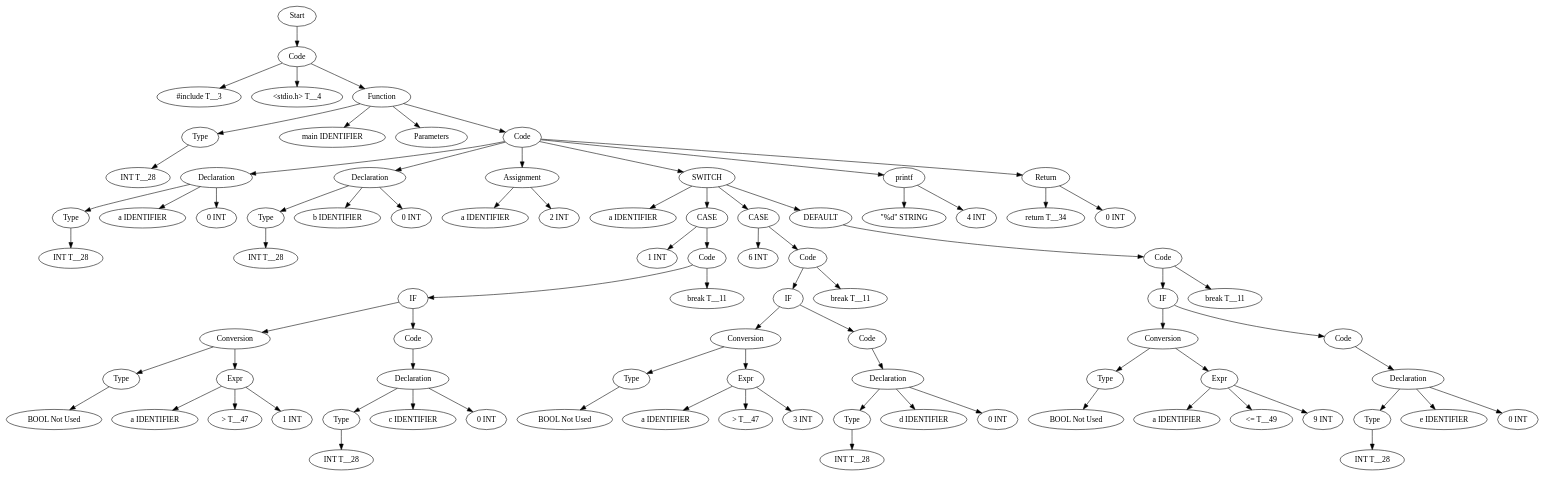
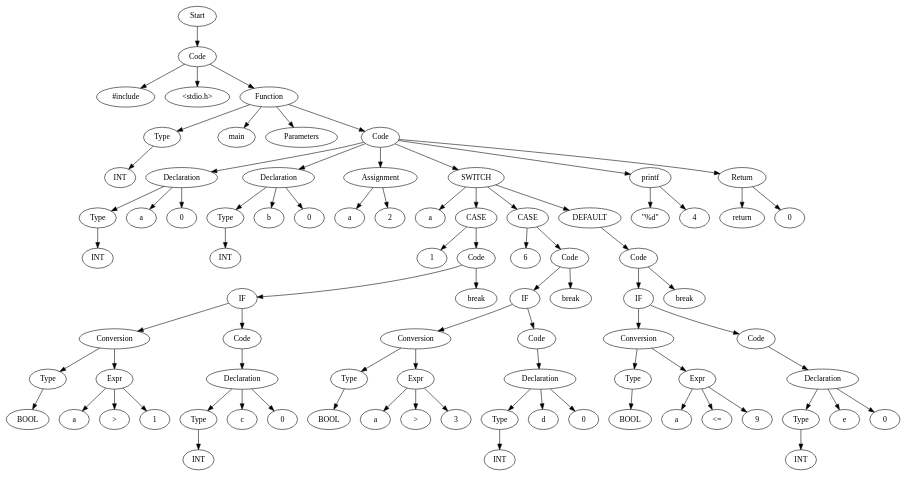
Before and after one commit to Are-you-listening/Compilers: the diagram in TestCases/ASTTests/SwitchTests/createTests/read_file_before.dot, drawn with Graphviz. The commit also changed 51 other files, not shown here.

```diff
--- a/TestCases/ASTTests/SwitchTests/createTests/read_file_before.dot
+++ b/TestCases/ASTTests/SwitchTests/createTests/read_file_before.dot
@@ -1,169 +1,169 @@
 digraph AST {
-  "123260941450784" [label="Start"];
-  "123260941450784" -> "123260941443728";
-  "123260941443728" [label="Code"];
-  "123260941443728" -> "123260941449008";
-  "123260941443728" -> "123260941448960";
-  "123260941443728" -> "123260941450496";
-  "123260941449008" [label="#include T__3"];
-  "123260941448960" [label="<stdio.h> T__4"];
-  "123260941450496" [label="Function"];
-  "123260941450496" -> "123260941446080";
-  "123260941450496" -> "123260941447904";
-  "123260941450496" -> "123260941438256";
-  "123260941450496" -> "123260941448864";
-  "123260941446080" [label="Type"];
-  "123260941446080" -> "123260941438544";
-  "123260941438544" [label="INT T__28"];
-  "123260941447904" [label="main IDENTIFIER"];
-  "123260941438256" [label="Parameters"];
-  "123260941448864" [label="Code"];
-  "123260941448864" -> "123260941450208";
-  "123260941448864" -> "123260941590176";
-  "123260941448864" -> "123260941587440";
-  "123260941448864" -> "123260941587296";
-  "123260941448864" -> "123260941588640";
-  "123260941448864" -> "123260941585760";
-  "123260941450208" [label="Declaration"];
-  "123260941450208" -> "123260941438736";
-  "123260941450208" -> "123260941586720";
-  "123260941450208" -> "123260941588064";
-  "123260941438736" [label="Type"];
-  "123260941438736" -> "123260941442720";
-  "123260941442720" [label="INT T__28"];
-  "123260941586720" [label="a IDENTIFIER"];
-  "123260941588064" [label="0 INT"];
-  "123260941590176" [label="Declaration"];
-  "123260941590176" -> "123260941588928";
-  "123260941590176" -> "123260941589984";
-  "123260941590176" -> "123260941584032";
-  "123260941588928" [label="Type"];
-  "123260941588928" -> "123260941583312";
-  "123260941583312" [label="INT T__28"];
-  "123260941589984" [label="b IDENTIFIER"];
-  "123260941584032" [label="0 INT"];
-  "123260941587440" [label="Assignment"];
-  "123260941587440" -> "123260941587536";
-  "123260941587440" -> "123260941589120";
-  "123260941587536" [label="a IDENTIFIER"];
-  "123260941589120" [label="2 INT"];
-  "123260941587296" [label="SWITCH"];
-  "123260941587296" -> "123260941590032";
-  "123260941587296" -> "123260941588208";
-  "123260941587296" -> "123260941589072";
-  "123260941587296" -> "123260941585904";
-  "123260941590032" [label="a IDENTIFIER"];
-  "123260941588208" [label="CASE"];
-  "123260941588208" -> "123260941588976";
-  "123260941588208" -> "123260941583168";
-  "123260941588976" [label="1 INT"];
-  "123260941583168" [label="Code"];
-  "123260941583168" -> "123260941583072";
-  "123260941583168" -> "123260941587824";
-  "123260941583072" [label="IF"];
-  "123260941583072" -> "123260941595360";
-  "123260941583072" -> "123260941596512";
-  "123260941595360" [label="Conversion"];
-  "123260941595360" -> "123260941595456";
-  "123260941595360" -> "123260941588880";
-  "123260941595456" [label="Type"];
-  "123260941595456" -> "123260941582688";
-  "123260941582688" [label="BOOL Not Used"];
-  "123260941588880" [label="Expr"];
-  "123260941588880" -> "123260941588304";
-  "123260941588880" -> "123260941591136";
-  "123260941588880" -> "123260941583408";
-  "123260941588304" [label="a IDENTIFIER"];
-  "123260941591136" [label="> T__47"];
-  "123260941583408" [label="1 INT"];
-  "123260941596512" [label="Code"];
-  "123260941596512" -> "123260941588016";
-  "123260941588016" [label="Declaration"];
-  "123260941588016" -> "123260941584944";
-  "123260941588016" -> "123260941585952";
-  "123260941588016" -> "123260941583120";
-  "123260941584944" [label="Type"];
-  "123260941584944" -> "123260941587584";
-  "123260941587584" [label="INT T__28"];
-  "123260941585952" [label="c IDENTIFIER"];
-  "123260941583120" [label="0 INT"];
-  "123260941587824" [label="break T__11"];
-  "123260941589072" [label="CASE"];
-  "123260941589072" -> "123260941589168";
-  "123260941589072" -> "123260941589264";
-  "123260941589168" [label="6 INT"];
-  "123260941589264" [label="Code"];
-  "123260941589264" -> "123260941588784";
-  "123260941589264" -> "123260941582736";
-  "123260941588784" [label="IF"];
-  "123260941588784" -> "123260941596272";
-  "123260941588784" -> "123260941588352";
-  "123260941596272" [label="Conversion"];
-  "123260941596272" -> "123260941582832";
-  "123260941596272" -> "123260941590128";
-  "123260941582832" [label="Type"];
-  "123260941582832" -> "123260941596368";
-  "123260941596368" [label="BOOL Not Used"];
-  "123260941590128" [label="Expr"];
-  "123260941590128" -> "123260941585616";
-  "123260941590128" -> "123260941585664";
-  "123260941590128" -> "123260941584080";
-  "123260941585616" [label="a IDENTIFIER"];
-  "123260941585664" [label="> T__47"];
-  "123260941584080" [label="3 INT"];
-  "123260941588352" [label="Code"];
-  "123260941588352" -> "123260941588496";
-  "123260941588496" [label="Declaration"];
-  "123260941588496" -> "123260941582592";
-  "123260941588496" -> "123260941587872";
-  "123260941588496" -> "123260941583984";
-  "123260941582592" [label="Type"];
-  "123260941582592" -> "123260941587008";
-  "123260941587008" [label="INT T__28"];
-  "123260941587872" [label="d IDENTIFIER"];
-  "123260941583984" [label="0 INT"];
-  "123260941582736" [label="break T__11"];
-  "123260941585904" [label="DEFAULT"];
-  "123260941585904" -> "123260941587056";
-  "123260941587056" [label="Code"];
-  "123260941587056" -> "123260941587104";
-  "123260941587056" -> "123260941594496";
-  "123260941587104" [label="IF"];
-  "123260941587104" -> "123260941596320";
-  "123260941587104" -> "123260941596608";
-  "123260941596320" [label="Conversion"];
-  "123260941596320" -> "123260941595312";
-  "123260941596320" -> "123260941582544";
-  "123260941595312" [label="Type"];
-  "123260941595312" -> "123260941596992";
-  "123260941596992" [label="BOOL Not Used"];
-  "123260941582544" [label="Expr"];
-  "123260941582544" -> "123260941583456";
-  "123260941582544" -> "123260941583792";
-  "123260941582544" -> "123260941592000";
-  "123260941583456" [label="a IDENTIFIER"];
-  "123260941583792" [label="<= T__49"];
-  "123260941592000" [label="9 INT"];
-  "123260941596608" [label="Code"];
-  "123260941596608" -> "123260941591952";
-  "123260941591952" [label="Declaration"];
-  "123260941591952" -> "123260941593776";
-  "123260941591952" -> "123260941593680";
-  "123260941591952" -> "123260941592816";
-  "123260941593776" [label="Type"];
-  "123260941593776" -> "123260941593728";
-  "123260941593728" [label="INT T__28"];
-  "123260941593680" [label="e IDENTIFIER"];
-  "123260941592816" [label="0 INT"];
-  "123260941594496" [label="break T__11"];
-  "123260941588640" [label="printf"];
-  "123260941588640" -> "123260941584560";
-  "123260941588640" -> "123260941585712";
-  "123260941584560" [label="\"%d\" STRING"];
-  "123260941585712" [label="4 INT"];
-  "123260941585760" [label="Return"];
-  "123260941585760" -> "123260941584752";
-  "123260941585760" -> "123260941593200";
-  "123260941584752" [label="return T__34"];
-  "123260941593200" [label="0 INT"];
+  "136341801078256" [label="Start"];
+  "136341801078256" -> "136341801085024";
+  "136341801085024" [label="Code"];
+  "136341801085024" -> "136341801086128";
+  "136341801085024" -> "136341801083296";
+  "136341801085024" -> "136341801076576";
+  "136341801086128" [label="#include"];
+  "136341801083296" [label="<stdio.h>"];
+  "136341801076576" [label="Function"];
+  "136341801076576" -> "136341801084304";
+  "136341801076576" -> "136341801085312";
+  "136341801076576" -> "136341801084592";
+  "136341801076576" -> "136341801078160";
+  "136341801084304" [label="Type"];
+  "136341801084304" -> "136341801085408";
+  "136341801085408" [label="INT"];
+  "136341801085312" [label="main"];
+  "136341801084592" [label="Parameters"];
+  "136341801078160" [label="Code"];
+  "136341801078160" -> "136341801086848";
+  "136341801078160" -> "136341801087136";
+  "136341801078160" -> "136341801078832";
+  "136341801078160" -> "136341801078688";
+  "136341801078160" -> "136341801079024";
+  "136341801078160" -> "136341801079264";
+  "136341801086848" [label="Declaration"];
+  "136341801086848" -> "136341801085072";
+  "136341801086848" -> "136341801087328";
+  "136341801086848" -> "136341801078496";
+  "136341801085072" [label="Type"];
+  "136341801085072" -> "136341801087376";
+  "136341801087376" [label="INT"];
+  "136341801087328" [label="a"];
+  "136341801078496" [label="0"];
+  "136341801087136" [label="Declaration"];
+  "136341801087136" -> "136341801081712";
+  "136341801087136" -> "136341801075808";
+  "136341801087136" -> "136341801077008";
+  "136341801081712" [label="Type"];
+  "136341801081712" -> "136341801076192";
+  "136341801076192" [label="INT"];
+  "136341801075808" [label="b"];
+  "136341801077008" [label="0"];
+  "136341801078832" [label="Assignment"];
+  "136341801078832" -> "136341801088336";
+  "136341801078832" -> "136341801078736";
+  "136341801088336" [label="a"];
+  "136341801078736" [label="2"];
+  "136341801078688" [label="SWITCH"];
+  "136341801078688" -> "136341801084832";
+  "136341801078688" -> "136341801085456";
+  "136341801078688" -> "136341801083104";
+  "136341801078688" -> "136341801078208";
+  "136341801084832" [label="a"];
+  "136341801085456" [label="CASE"];
+  "136341801085456" -> "136341801085648";
+  "136341801085456" -> "136341801083152";
+  "136341801085648" [label="1"];
+  "136341801083152" [label="Code"];
+  "136341801083152" -> "136341801082912";
+  "136341801083152" -> "136341801084496";
+  "136341801082912" [label="IF"];
+  "136341801082912" -> "136341801076816";
+  "136341801082912" -> "136341801090304";
+  "136341801076816" [label="Conversion"];
+  "136341801076816" -> "136341801077824";
+  "136341801076816" -> "136341801086272";
+  "136341801077824" [label="Type"];
+  "136341801077824" -> "136341801077104";
+  "136341801077104" [label="BOOL"];
+  "136341801086272" [label="Expr"];
+  "136341801086272" -> "136341801087616";
+  "136341801086272" -> "136341801086704";
+  "136341801086272" -> "136341801084688";
+  "136341801087616" [label="a"];
+  "136341801086704" [label=">"];
+  "136341801084688" [label="1"];
+  "136341801090304" [label="Code"];
+  "136341801090304" -> "136341801076528";
+  "136341801076528" [label="Declaration"];
+  "136341801076528" -> "136341801086992";
+  "136341801076528" -> "136341801079696";
+  "136341801076528" -> "136341801081184";
+  "136341801086992" [label="Type"];
+  "136341801086992" -> "136341801085168";
+  "136341801085168" [label="INT"];
+  "136341801079696" [label="c"];
+  "136341801081184" [label="0"];
+  "136341801084496" [label="break"];
+  "136341801083104" [label="CASE"];
+  "136341801083104" -> "136341801081328";
+  "136341801083104" -> "136341801086224";
+  "136341801081328" [label="6"];
+  "136341801086224" [label="Code"];
+  "136341801086224" -> "136341801090688";
+  "136341801086224" -> "136341801079312";
+  "136341801090688" [label="IF"];
+  "136341801090688" -> "136341801078304";
+  "136341801090688" -> "136341801083968";
+  "136341801078304" [label="Conversion"];
+  "136341801078304" -> "136341801078352";
+  "136341801078304" -> "136341801086656";
+  "136341801078352" [label="Type"];
+  "136341801078352" -> "136341801079360";
+  "136341801079360" [label="BOOL"];
+  "136341801086656" [label="Expr"];
+  "136341801086656" -> "136341801077200";
+  "136341801086656" -> "136341801086416";
+  "136341801086656" -> "136341801083536";
+  "136341801077200" [label="a"];
+  "136341801086416" [label=">"];
+  "136341801083536" [label="3"];
+  "136341801083968" [label="Code"];
+  "136341801083968" -> "136341801079120";
+  "136341801079120" [label="Declaration"];
+  "136341801079120" -> "136341801075904";
+  "136341801079120" -> "136341801079504";
+  "136341801079120" -> "136341801082480";
+  "136341801075904" [label="Type"];
+  "136341801075904" -> "136341801076384";
+  "136341801076384" [label="INT"];
+  "136341801079504" [label="d"];
+  "136341801082480" [label="0"];
+  "136341801079312" [label="break"];
+  "136341801078208" [label="DEFAULT"];
+  "136341801078208" -> "136341801076864";
+  "136341801076864" [label="Code"];
+  "136341801076864" -> "136341801075520";
+  "136341801076864" -> "136341801077632";
+  "136341801075520" [label="IF"];
+  "136341801075520" -> "136341801079840";
+  "136341801075520" -> "136341801082720";
+  "136341801079840" [label="Conversion"];
+  "136341801079840" -> "136341801080080";
+  "136341801079840" -> "136341801077344";
+  "136341801080080" [label="Type"];
+  "136341801080080" -> "136341801080272";
+  "136341801080272" [label="BOOL"];
+  "136341801077344" [label="Expr"];
+  "136341801077344" -> "136341801083488";
+  "136341801077344" -> "136341801083392";
+  "136341801077344" -> "136341801082672";
+  "136341801083488" [label="a"];
+  "136341801083392" [label="<="];
+  "136341801082672" [label="9"];
+  "136341801082720" [label="Code"];
+  "136341801082720" -> "136341801077584";
+  "136341801077584" [label="Declaration"];
+  "136341801077584" -> "136341801077680";
+  "136341801077584" -> "136341801076672";
+  "136341801077584" -> "136341801079216";
+  "136341801077680" [label="Type"];
+  "136341801077680" -> "136341801076768";
+  "136341801076768" [label="INT"];
+  "136341801076672" [label="e"];
+  "136341801079216" [label="0"];
+  "136341801077632" [label="break"];
+  "136341801079024" [label="printf"];
+  "136341801079024" -> "136341801090256";
+  "136341801079024" -> "136341801084640";
+  "136341801090256" [label="\"%d\""];
+  "136341801084640" [label="4"];
+  "136341801079264" [label="Return"];
+  "136341801079264" -> "136341801081472";
+  "136341801079264" -> "136341801080848";
+  "136341801081472" [label="return"];
+  "136341801080848" [label="0"];
 }
```
